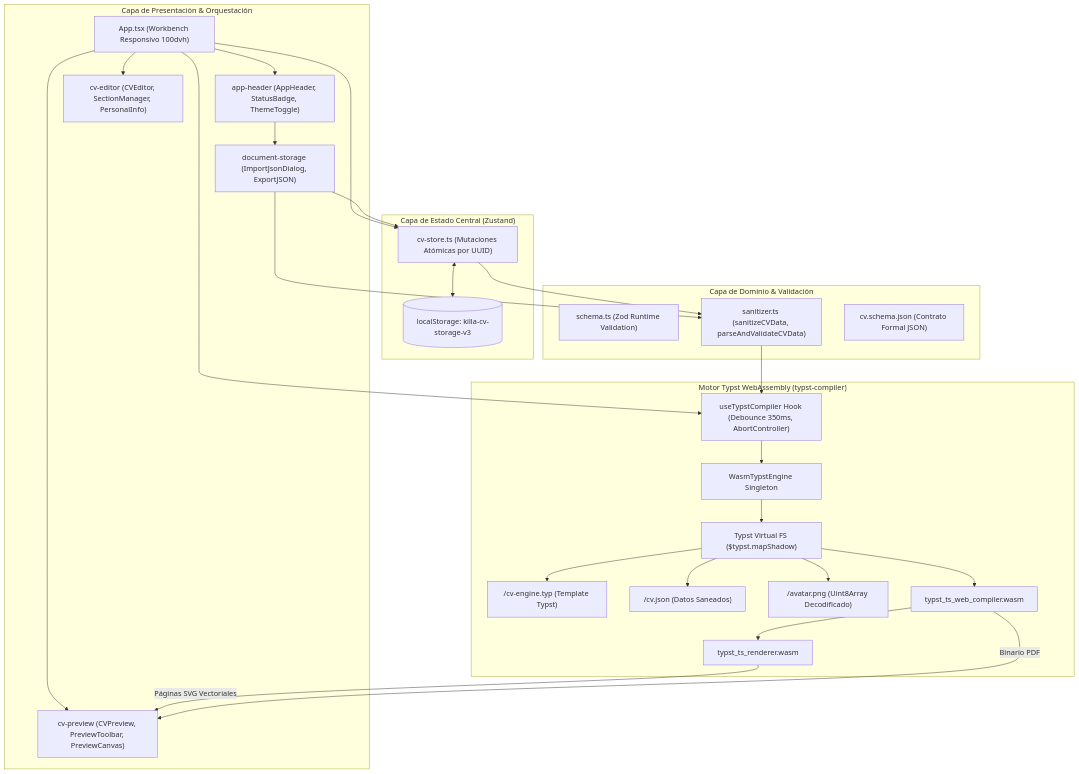
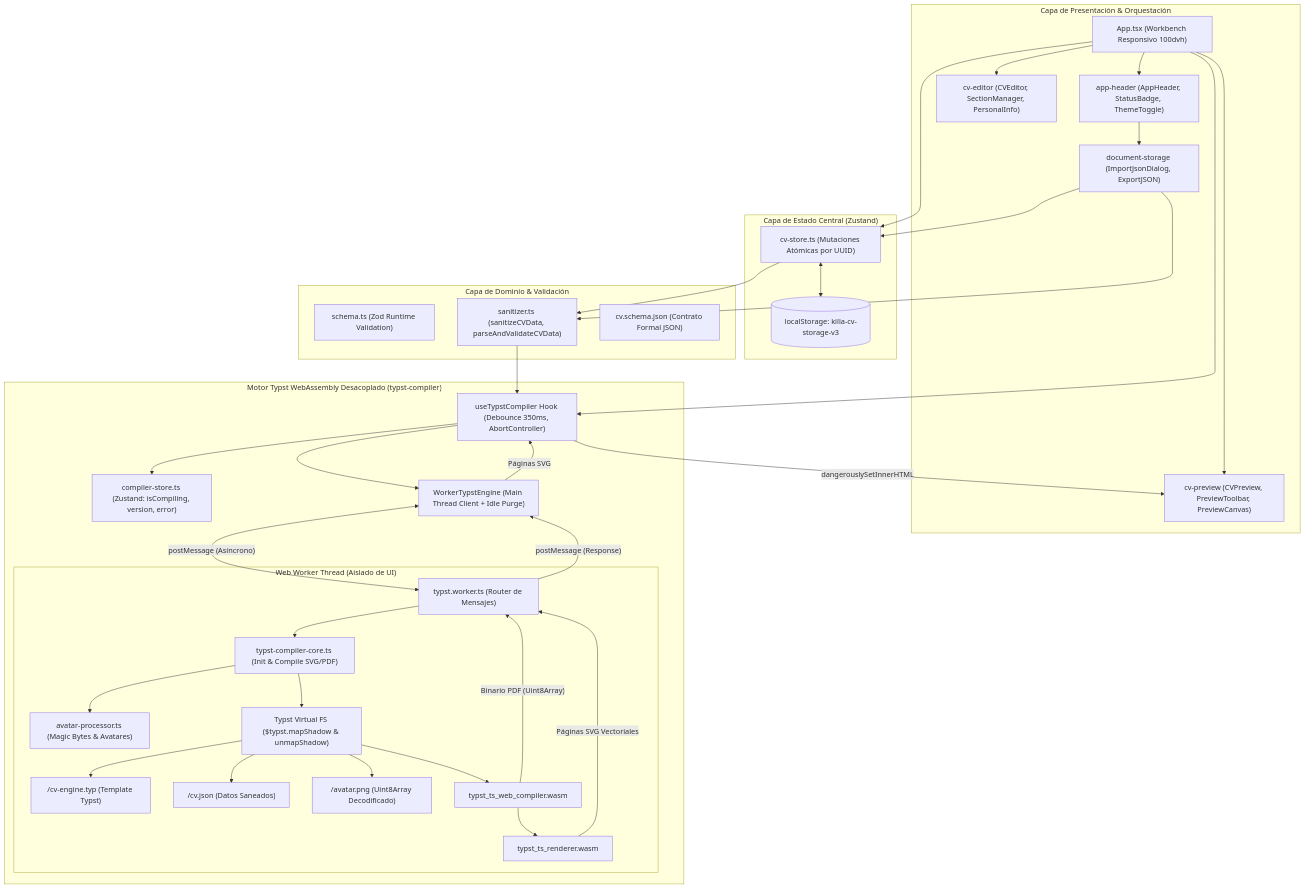
One commit to Killa-Tech/killa-cv changed the diagram in docs/wiki/02-Arquitectura-del-Sistema.md. Above: the diagram before and after it, drawn with Mermaid. The commit also changed other lines of this file and 6 other files, not shown here.

````diff
--- a/docs/wiki/02-Arquitectura-del-Sistema.md
+++ b/docs/wiki/02-Arquitectura-del-Sistema.md
@@ -30,54 +30,68 @@
 ```mermaid
 graph TD
     subgraph UI_Layer ["Capa de Presentación & Orquestación"]
         App["App.tsx (Workbench Responsivo 100dvh)"]
         Header["app-header (AppHeader, StatusBadge, ThemeToggle)"]
         Editor["cv-editor (CVEditor, SectionManager, PersonalInfo)"]
         Preview["cv-preview (CVPreview, PreviewToolbar, PreviewCanvas)"]
         DocStorage["document-storage (ImportJsonDialog, ExportJSON)"]
         
         App --> Header
         App --> Editor
         App --> Preview
         Header --> DocStorage
     end
 
     subgraph State_Layer ["Capa de Estado Central (Zustand)"]
         CVStore["cv-store.ts (Mutaciones Atómicas por UUID)"]
         LocalStorage[("localStorage: killa-cv-storage-v3")]
         CVStore <--> LocalStorage
     end
 
     subgraph Domain_Layer ["Capa de Dominio & Validación"]
         Schema["schema.ts (Zod Runtime Validation)"]
         Sanitizer["sanitizer.ts (sanitizeCVData, parseAndValidateCVData)"]
         JsonSchema["cv.schema.json (Contrato Formal JSON)"]
     end
 
-    subgraph Compiler_Layer ["Motor Typst WebAssembly (typst-compiler)"]
+    subgraph Compiler_Layer ["Motor Typst WebAssembly Desacoplado (typst-compiler)"]
         UseCompiler["useTypstCompiler Hook (Debounce 350ms, AbortController)"]
-        WasmEngine["WasmTypstEngine Singleton"]
-        VirtualFS["Typst Virtual FS ($typst.mapShadow)"]
-        TypstSource["/cv-engine.typ (Template Typst)"]
-        JsonVirtual["/cv.json (Datos Saneados)"]
-        AvatarVirtual["/avatar.png (Uint8Array Decodificado)"]
-        WasmCompiler["typst_ts_web_compiler.wasm"]
-        WasmRenderer["typst_ts_renderer.wasm"]
+        CompilerStore["compiler-store.ts (Zustand: isCompiling, version, error)"]
+        WorkerClient["WorkerTypstEngine (Main Thread Client + Idle Purge)"]
+        
+        subgraph Worker_Thread ["Web Worker Thread (Aislado de UI)"]
+            WorkerRouter["typst.worker.ts (Router de Mensajes)"]
+            CompilerCore["typst-compiler-core.ts (Init & Compile SVG/PDF)"]
+            AvatarProc["avatar-processor.ts (Magic Bytes & Avatares)"]
+            VirtualFS["Typst Virtual FS ($typst.mapShadow & unmapShadow)"]
+            TypstSource["/cv-engine.typ (Template Typst)"]
+            JsonVirtual["/cv.json (Datos Saneados)"]
+            AvatarVirtual["/avatar.png (Uint8Array Decodificado)"]
+            WasmCompiler["typst_ts_web_compiler.wasm"]
+            WasmRenderer["typst_ts_renderer.wasm"]
+        end
     end
 
     App --> CVStore
     App --> UseCompiler
     CVStore --> Sanitizer
     Sanitizer --> UseCompiler
-    UseCompiler --> WasmEngine
-    WasmEngine --> VirtualFS
+    UseCompiler --> CompilerStore
+    UseCompiler --> WorkerClient
+    WorkerClient <-->|"postMessage (Asíncrono)"| WorkerRouter
+    WorkerRouter --> CompilerCore
+    CompilerCore --> AvatarProc
+    CompilerCore --> VirtualFS
     VirtualFS --> TypstSource
     VirtualFS --> JsonVirtual
     VirtualFS --> AvatarVirtual
     VirtualFS --> WasmCompiler
     WasmCompiler --> WasmRenderer
-    WasmRenderer -->|"Páginas SVG Vectoriales"| Preview
-    WasmCompiler -->|"Binario PDF"| Preview
+    WasmRenderer -->|"Páginas SVG Vectoriales"| WorkerRouter
+    WasmCompiler -->|"Binario PDF (Uint8Array)"| WorkerRouter
+    WorkerRouter -->|"postMessage (Response)"| WorkerClient
+    WorkerClient -->|"Páginas SVG"| UseCompiler
+    UseCompiler -->|"dangerouslySetInnerHTML"| Preview
     DocStorage --> Sanitizer
     DocStorage --> CVStore
 ```
````
